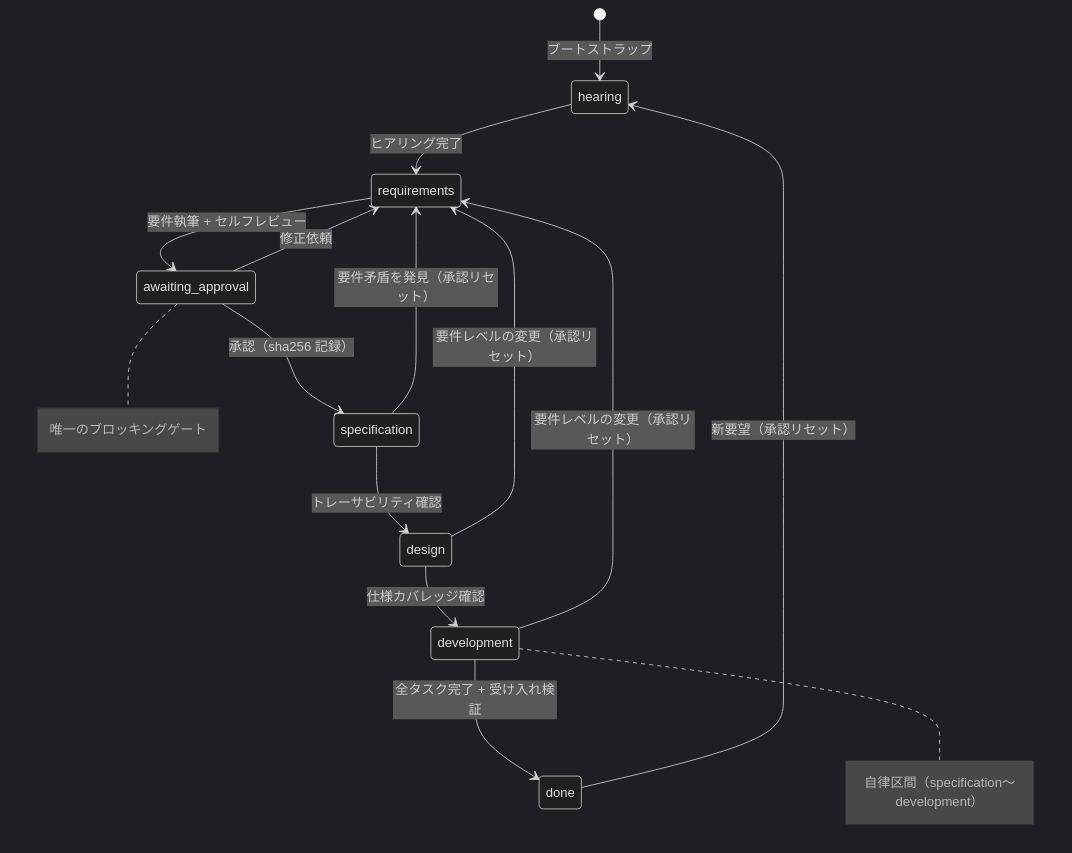
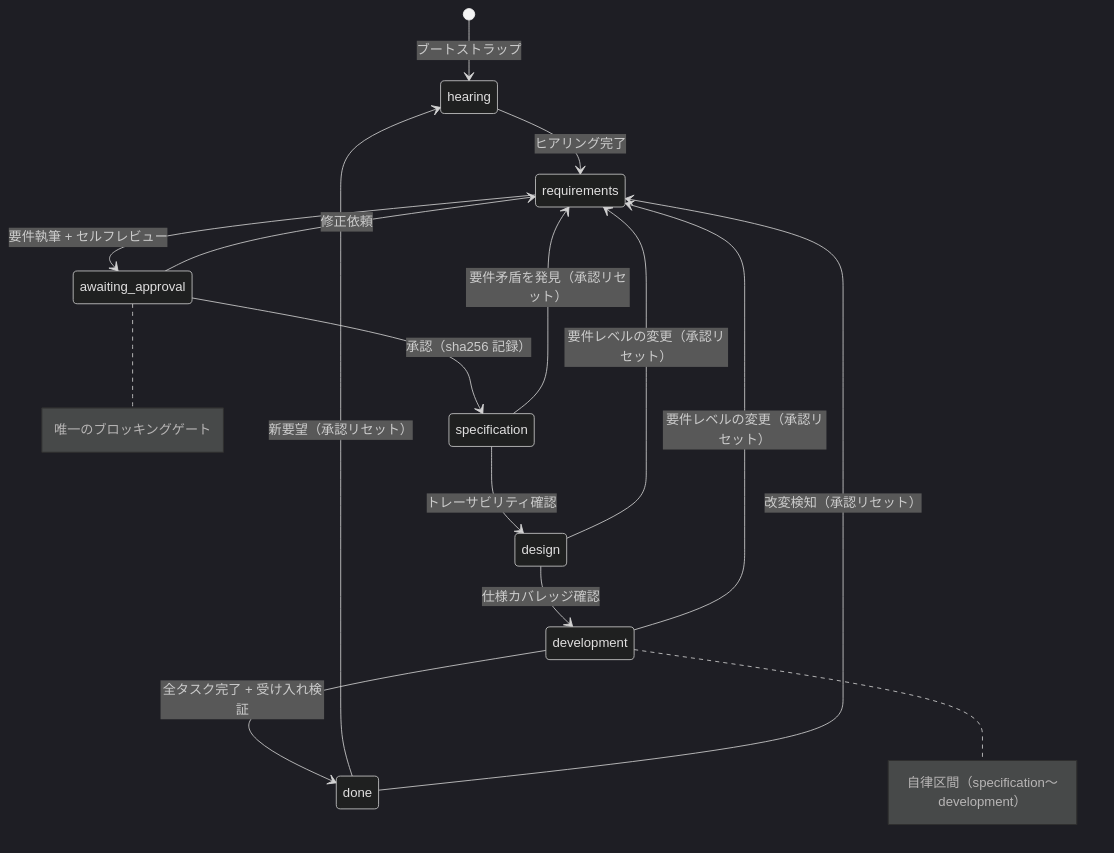
The first of 2 diagrams in README.md (Harurow/human-on-the-loop), drawn with Mermaid (dark theme) before and after one commit. The commit also changed 7 other files, not shown here.

````diff
--- a/README.md
+++ b/README.md
@@ -23,17 +23,18 @@
 ```mermaid
 stateDiagram-v2
     [*] --> hearing: ブートストラップ
     hearing --> requirements: ヒアリング完了
     requirements --> awaiting_approval: 要件執筆 + セルフレビュー
     awaiting_approval --> specification: 承認（sha256 記録）
     awaiting_approval --> requirements: 修正依頼
     specification --> design: トレーサビリティ確認
     design --> development: 仕様カバレッジ確認
     development --> done: 全タスク完了 + 受け入れ検証
     done --> hearing: 新要望（承認リセット）
+    done --> requirements: 改変検知（承認リセット）
     specification --> requirements: 要件矛盾を発見（承認リセット）
     design --> requirements: 要件レベルの変更（承認リセット）
     development --> requirements: 要件レベルの変更（承認リセット）
     note right of awaiting_approval: 唯一のブロッキングゲート
     note right of development: 自律区間（specification〜development）
 ```
````
